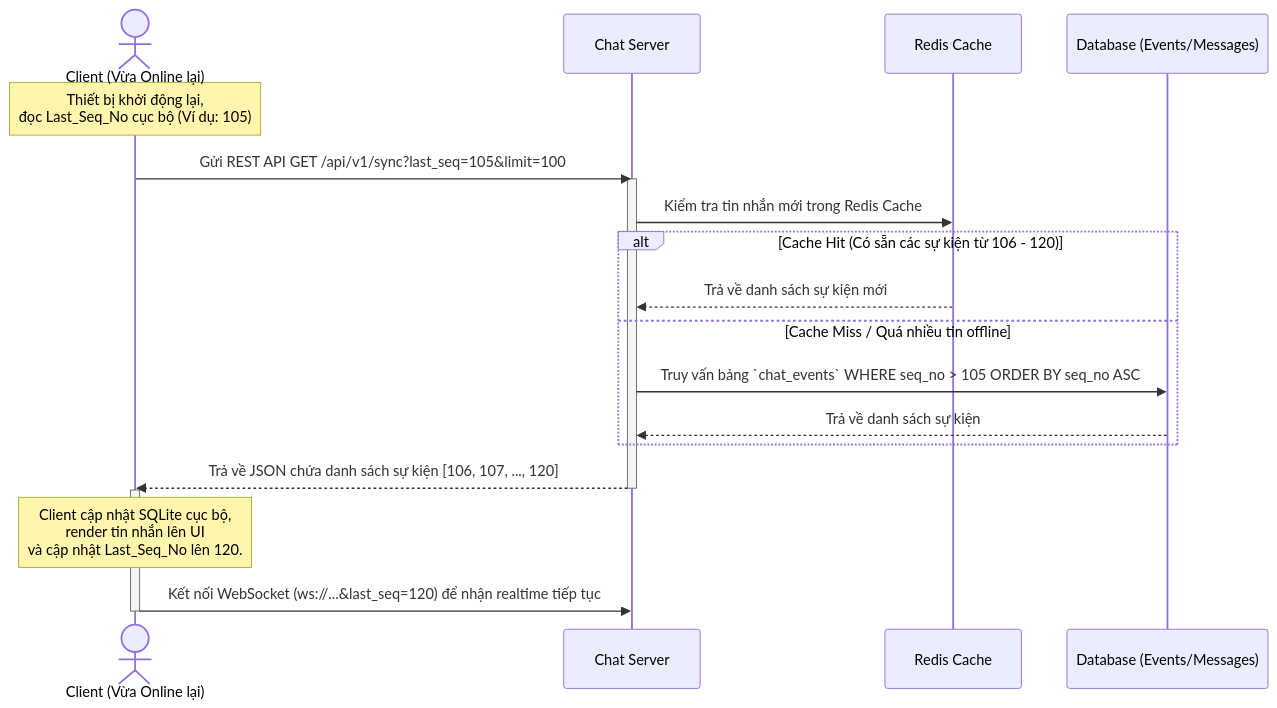
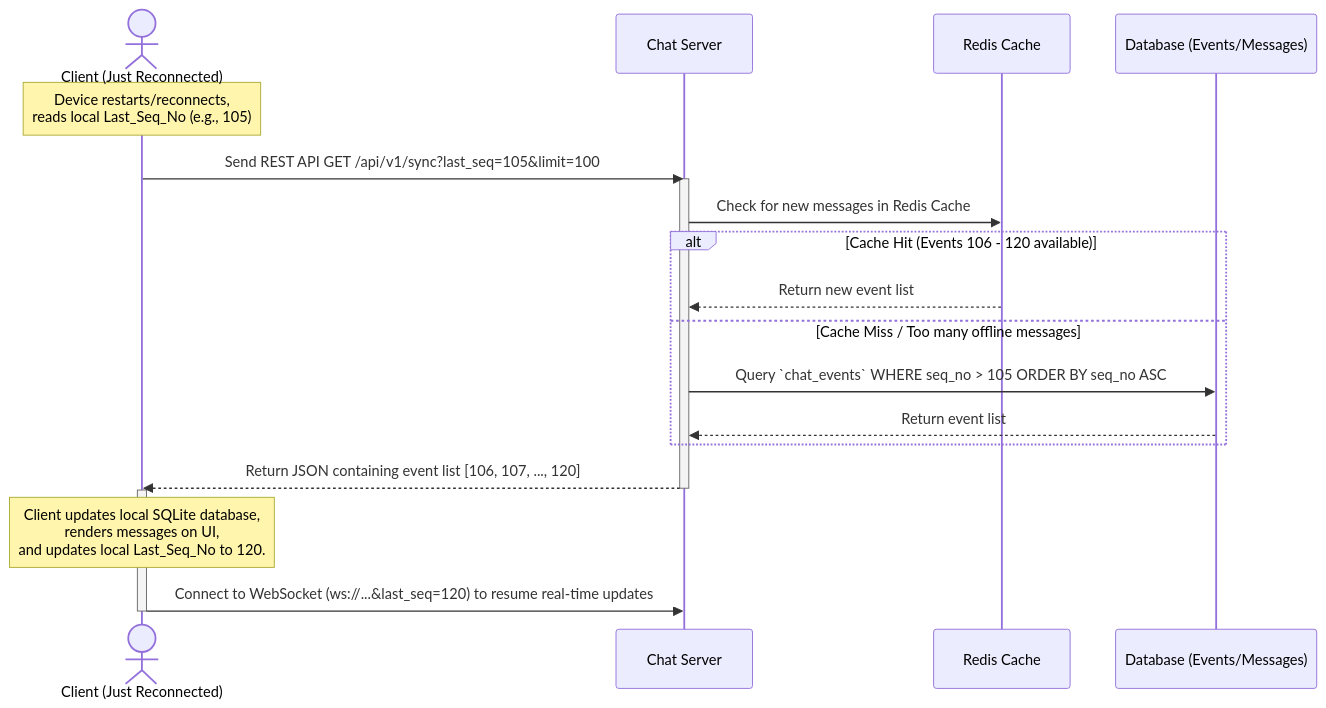
One commit to HarryDo29/go-app changed the sixth of 6 diagrams in scripts/chat_app_system_design.md. Above: the diagram before and after it, drawn with Mermaid. The commit also changed other lines of this file and 3 other files, not shown here.

````diff
--- a/scripts/chat_app_system_design.md
+++ b/scripts/chat_app_system_design.md
@@ -249,27 +249,27 @@
 ```mermaid
 sequenceDiagram
-    actor Client as Client (Vừa Online lại)
+    actor Client as Client (Just Reconnected)
     participant Server as Chat Server
     participant Cache as Redis Cache
     participant DB as Database (Events/Messages)
 
-    Note over Client: Thiết bị khởi động lại,<br/>đọc Last_Seq_No cục bộ (Ví dụ: 105)
-    Client->>Server: Gửi REST API GET /api/v1/sync?last_seq=105&limit=100
+    Note over Client: Device restarts/reconnects,<br/>reads local Last_Seq_No (e.g., 105)
+    Client->>Server: Send REST API GET /api/v1/sync?last_seq=105&limit=100
     activate Server
 
-    Server->>Cache: Kiểm tra tin nhắn mới trong Redis Cache
-    alt Cache Hit (Có sẵn các sự kiện từ 106 - 120)
-        Cache-->>Server: Trả về danh sách sự kiện mới
-    else Cache Miss / Quá nhiều tin offline
-        Server->>DB: Truy vấn bảng `chat_events` WHERE seq_no > 105 ORDER BY seq_no ASC
-        DB-->>Server: Trả về danh sách sự kiện
+    Server->>Cache: Check for new messages in Redis Cache
+    alt Cache Hit (Events 106 - 120 available)
+        Cache-->>Server: Return new event list
+    else Cache Miss / Too many offline messages
+        Server->>DB: Query `chat_events` WHERE seq_no > 105 ORDER BY seq_no ASC
+        DB-->>Server: Return event list
     end
 
-    Server-->>Client: Trả về JSON chứa danh sách sự kiện [106, 107, ..., 120]
+    Server-->>Client: Return JSON containing event list [106, 107, ..., 120]
     deactivate Server
 
     activate Client
-    Note over Client: Client cập nhật SQLite cục bộ,<br/>render tin nhắn lên UI<br/>và cập nhật Last_Seq_No lên 120.
-    Client->>Server: Kết nối WebSocket (ws://...&last_seq=120) để nhận realtime tiếp tục
+    Note over Client: Client updates local SQLite database,<br/>renders messages on UI,<br/>and updates local Last_Seq_No to 120.
+    Client->>Server: Connect to WebSocket (ws://...&last_seq=120) to resume real-time updates
     deactivate Client
 ```
````
